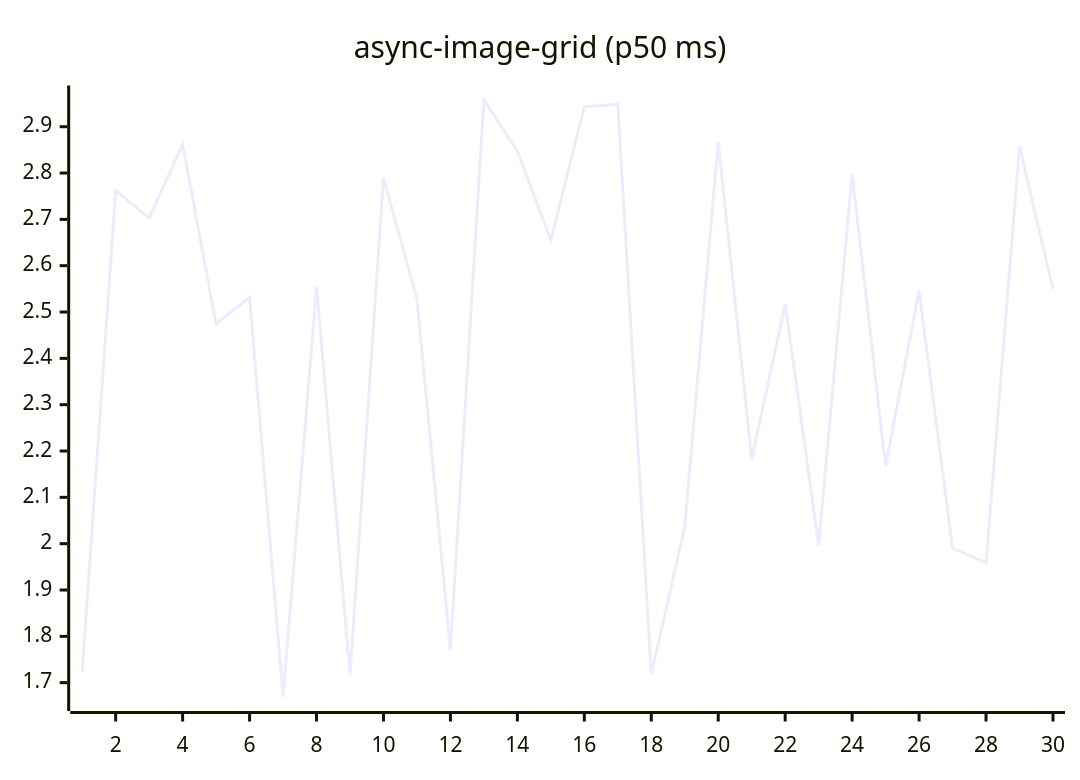
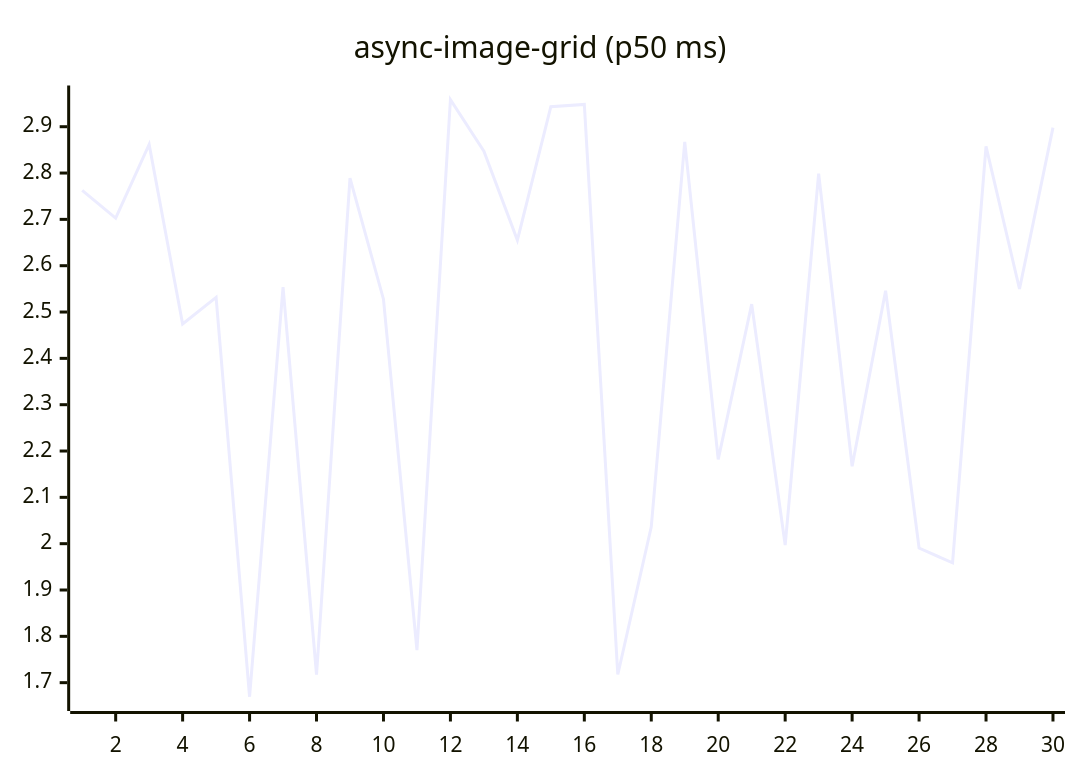
The fifth of 27 diagrams in README.md (josha/Facet), drawn with Mermaid before and after one commit. The commit also changed other lines of this file and 2 other files, not shown here.

````diff
--- a/README.md
+++ b/README.md
@@ -91,6 +91,6 @@
 ```mermaid
 xychart-beta
     title "async-image-grid (p50 ms)"
     x-axis 1 --> 30
-    line [1.7244, 2.7624, 2.7026, 2.8617, 2.4742, 2.5316, 1.6696, 2.5539, 1.7175, 2.7892, 2.5277, 1.7701, 2.9582, 2.8471, 2.6552, 2.9433, 2.9481, 1.7177, 2.0365, 2.8674, 2.1819, 2.5171, 1.9970, 2.7988, 2.1671, 2.5459, 1.9906, 1.9586, 2.8577, 2.5497]
+    line [2.7624, 2.7026, 2.8617, 2.4742, 2.5316, 1.6696, 2.5539, 1.7175, 2.7892, 2.5277, 1.7701, 2.9582, 2.8471, 2.6552, 2.9433, 2.9481, 1.7177, 2.0365, 2.8674, 2.1819, 2.5171, 1.9970, 2.7988, 2.1671, 2.5459, 1.9906, 1.9586, 2.8577, 2.5497, 2.8980]
 ```
````
